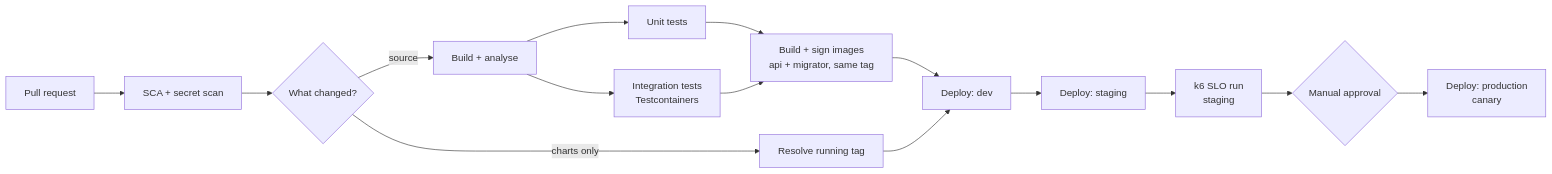
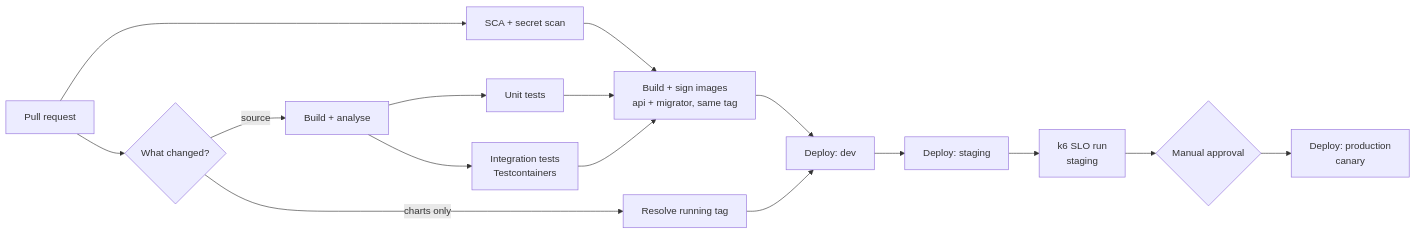
Before and after one commit to alexander-shamray/blueprint-backend: the diagram in docs/backend-architecture/15-cicd-deployment.md, drawn with Mermaid. The commit also changed other lines of this file and 5 other files, not shown here.

````diff
--- a/docs/backend-architecture/15-cicd-deployment.md
+++ b/docs/backend-architecture/15-cicd-deployment.md
@@ -5,17 +5,18 @@
 ```mermaid
 graph LR
     PR[Pull request] --> SEC[SCA + secret scan]
-    SEC --> K{What changed?}
+    PR --> K{What changed?}
+    SEC --> IMG
     K -->|source| B[Build + analyse]
     B --> UT[Unit tests]
     B --> IT[Integration tests<br/>Testcontainers]
     UT --> IMG[Build + sign images<br/>api + migrator, same tag]
     IT --> IMG
     IMG --> DEV[Deploy: dev]
     K -->|charts only| TAG[Resolve running tag]
     TAG --> DEV
     DEV --> STG[Deploy: staging]
     STG --> SLO[k6 SLO run<br/>staging]
     SLO --> APP{Manual approval}
     APP --> PRD[Deploy: production<br/>canary]
 ```
````
